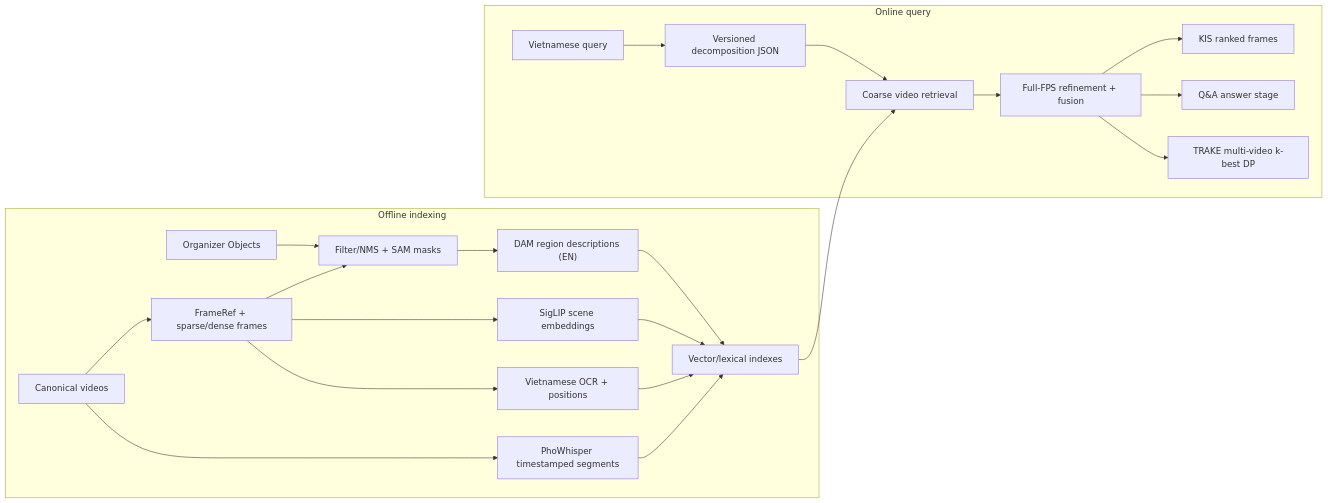
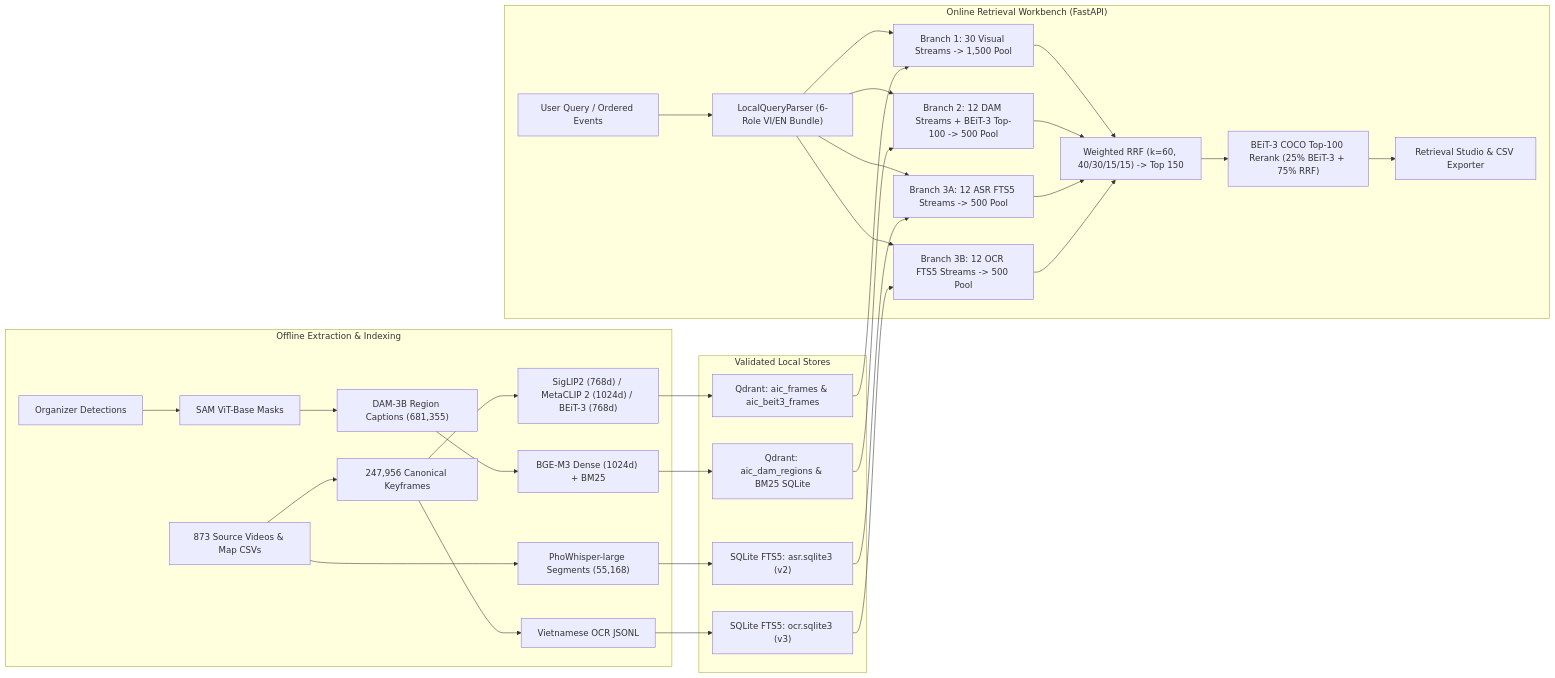
Before and after one commit to AIVIETNAM-AIO-Dewey/AIC-2026: the diagram in README.md, drawn with Mermaid. The commit also changed other lines of this file and 27 other files, not shown here.

````diff
--- a/README.md
+++ b/README.md
@@ -54,23 +27,33 @@
 ```mermaid
 flowchart LR
-  subgraph OFF["Offline indexing"]
-    V["Canonical videos"] --> F["FrameRef + sparse/dense frames"]
-    O["Organizer Objects"] --> M["Filter/NMS + SAM masks"]
-    F --> M --> D["DAM region descriptions (EN)"]
-    F --> S["SigLIP scene embeddings"]
-    F --> C["Vietnamese OCR + positions"]
-    V --> A["PhoWhisper timestamped segments"]
-    D --> I["Vector/lexical indexes"]
-    S --> I
-    C --> I
-    A --> I
+  subgraph OFF["Offline Extraction & Indexing"]
+    V["873 Source Videos & Map CSVs"] --> F["247,956 Canonical Keyframes"]
+    O["Organizer Detections"] --> SAM["SAM ViT-Base Masks"] --> DAM["DAM-3B Region Captions (681,355)"]
+    F --> VIS["SigLIP2 (768d) / MetaCLIP 2 (1024d) / BEiT-3 (768d)"]
+    DAM --> BGEM3["BGE-M3 Dense (1024d) + BM25"]
+    F --> OCR["Vietnamese OCR JSONL"]
+    V --> ASR["PhoWhisper-large Segments (55,168)"]
   end
-  subgraph ON["Online query"]
-    Q["Vietnamese query"] --> P["Versioned decomposition JSON"]
-    P --> R["Coarse video retrieval"]
-    I --> R --> X["Full-FPS refinement + fusion"]
-    X --> K["KIS ranked frames"]
-    X --> QA["Q&A answer stage"]
-    X --> T["TRAKE multi-video k-best DP"]
+
+  subgraph STORE["Validated Local Stores"]
+    VIS --> Q1["Qdrant: aic_frames & aic_beit3_frames"]
+    BGEM3 --> Q2["Qdrant: aic_dam_regions & BM25 SQLite"]
+    OCR --> FTSO["SQLite FTS5: ocr.sqlite3 (v3)"]
+    ASR --> FTSA["SQLite FTS5: asr.sqlite3 (v2)"]
+  end
+
+  subgraph ON["Online Retrieval Workbench (FastAPI)"]
+    Q["User Query / Ordered Events"] --> PLAN["LocalQueryParser (6-Role VI/EN Bundle)"]
+    PLAN --> B1["Branch 1: 30 Visual Streams -> 1,500 Pool"]
+    PLAN --> B2["Branch 2: 12 DAM Streams + BEiT-3 Top-100 -> 500 Pool"]
+    PLAN --> B3A["Branch 3A: 12 ASR FTS5 Streams -> 500 Pool"]
+    PLAN --> B3B["Branch 3B: 12 OCR FTS5 Streams -> 500 Pool"]
+    Q1 --> B1
+    Q2 --> B2
+    FTSA --> B3A
+    FTSO --> B3B
+    B1 & B2 & B3A & B3B --> RRF["Weighted RRF (k=60, 40/30/15/15) -> Top 150"]
+    RRF --> RERANK["BEiT-3 COCO Top-100 Rerank (25% BEiT-3 + 75% RRF)"]
+    RERANK --> UI["Retrieval Studio & CSV Exporter"]
   end
 ```
````
